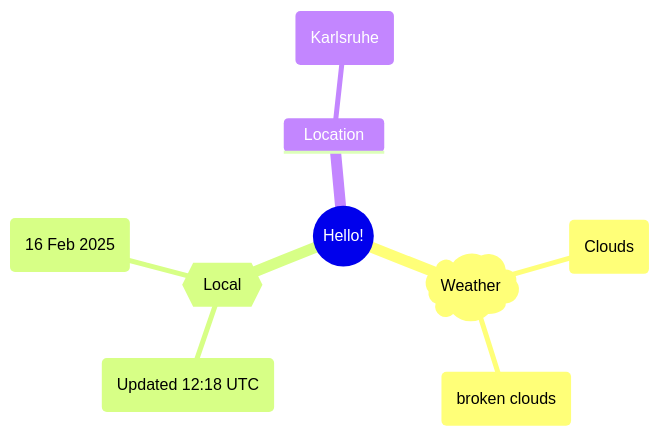
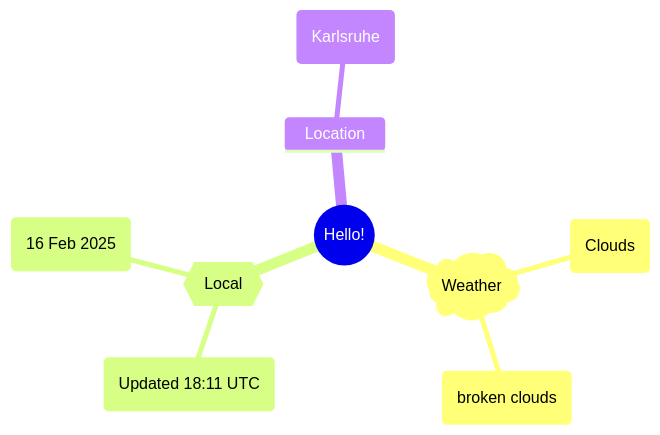
Before and after one commit to Xosrov/Xosrov: the first of 2 diagrams in README.md, drawn with Mermaid.

Commit message:
[bot] updated images

````diff
--- a/README.md
+++ b/README.md
@@ -3,12 +3,12 @@
 ```mermaid
 mindmap
   root((Hello!))
     )Weather(
         (Clouds)
         (broken clouds)
     {{Local}}
-        (Updated 12:18 UTC)
+        (Updated 18:11 UTC)
         (16 Feb 2025)
     Location
         (Karlsruhe)
 ```
````
